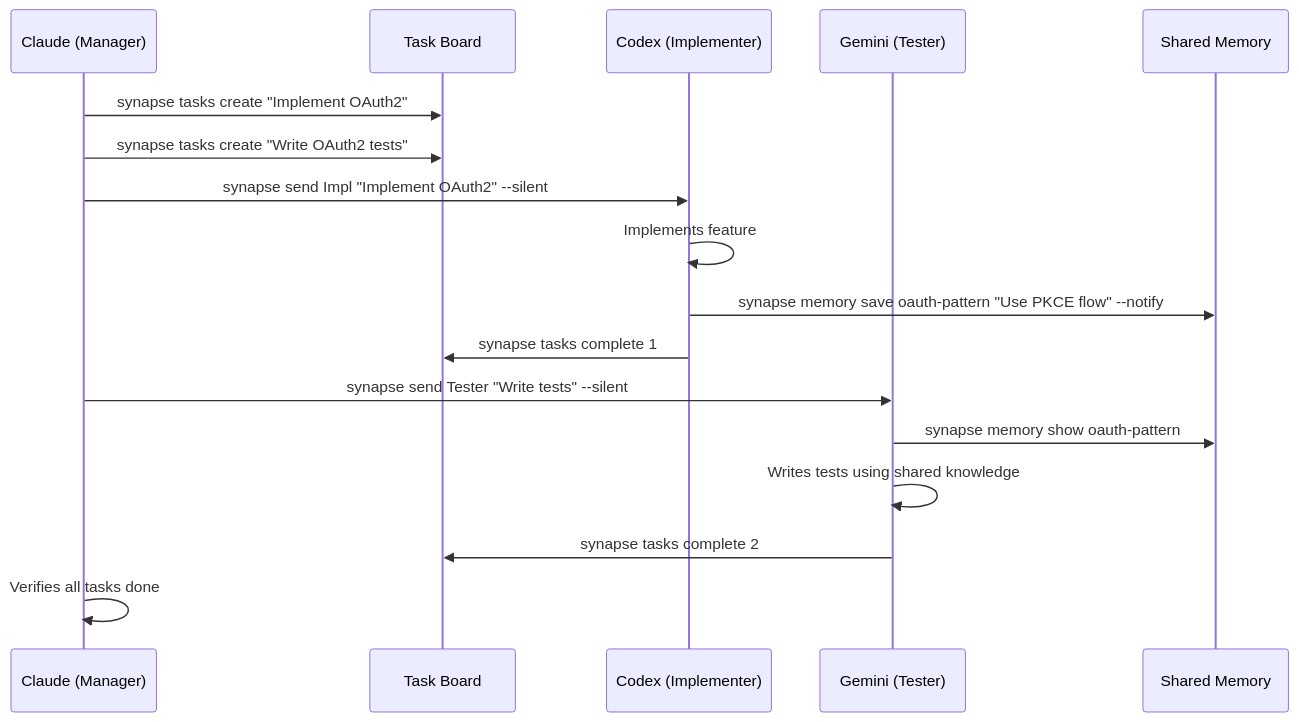
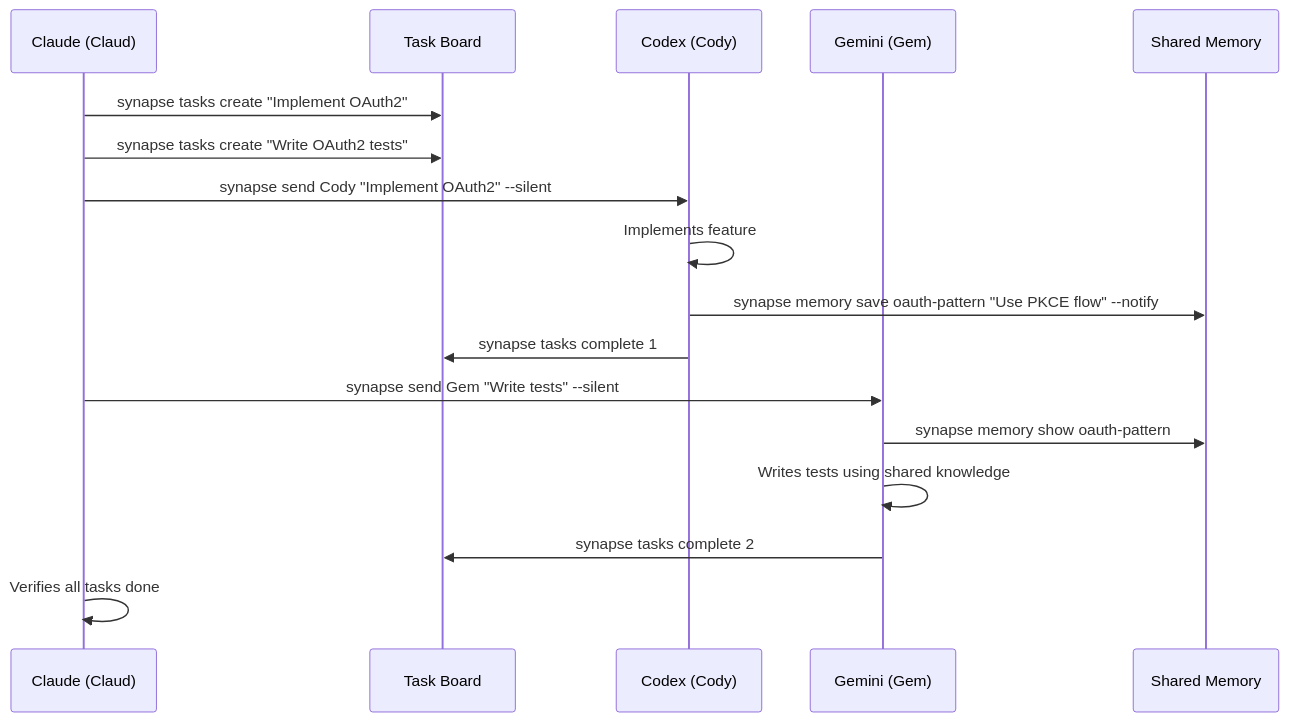
Before and after one commit to s-hiraoku/synapse-a2a: the second of 8 diagrams in site-docs/guide/cross-agent-scenarios.md, drawn with Mermaid. The commit also changed other lines of this file and 32 other files, not shown here.

````diff
--- a/site-docs/guide/cross-agent-scenarios.md
+++ b/site-docs/guide/cross-agent-scenarios.md
@@ -92,20 +92,20 @@
 ```mermaid
 sequenceDiagram
-    participant Manager as Claude (Manager)
+    participant Manager as Claude (Claud)
     participant TB as Task Board
-    participant Codex as Codex (Implementer)
-    participant Gemini as Gemini (Tester)
+    participant Codex as Codex (Cody)
+    participant Gemini as Gemini (Gem)
     participant SM as Shared Memory
 
     Manager->>TB: synapse tasks create "Implement OAuth2"
     Manager->>TB: synapse tasks create "Write OAuth2 tests"
-    Manager->>Codex: synapse send Impl "Implement OAuth2" --silent
+    Manager->>Codex: synapse send Cody "Implement OAuth2" --silent
     Codex->>Codex: Implements feature
     Codex->>SM: synapse memory save oauth-pattern "Use PKCE flow" --notify
     Codex->>TB: synapse tasks complete 1
-    Manager->>Gemini: synapse send Tester "Write tests" --silent
+    Manager->>Gemini: synapse send Gem "Write tests" --silent
     Gemini->>SM: synapse memory show oauth-pattern
     Gemini->>Gemini: Writes tests using shared knowledge
     Gemini->>TB: synapse tasks complete 2
     Manager->>Manager: Verifies all tasks done
 ```
````
